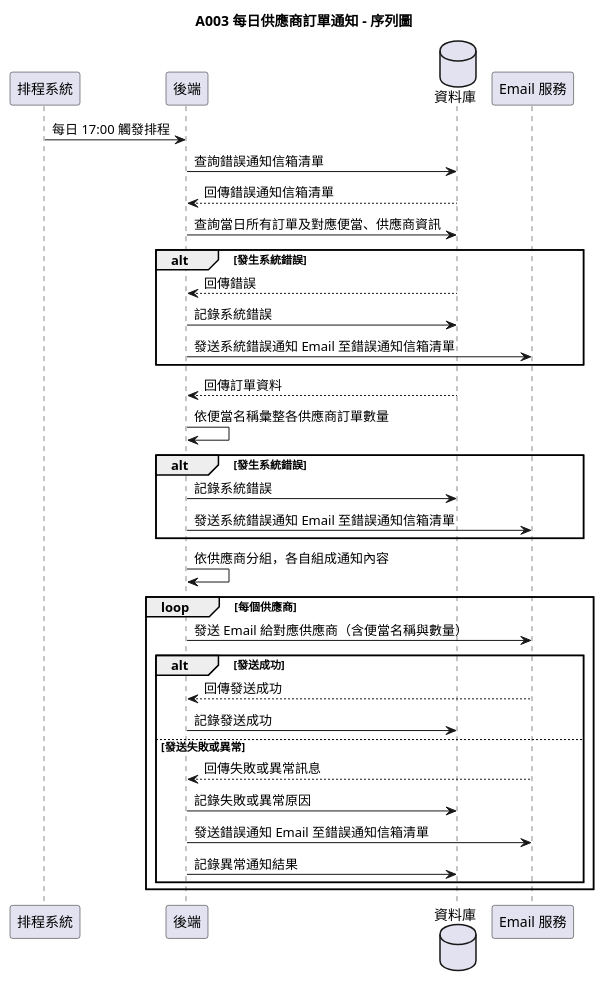
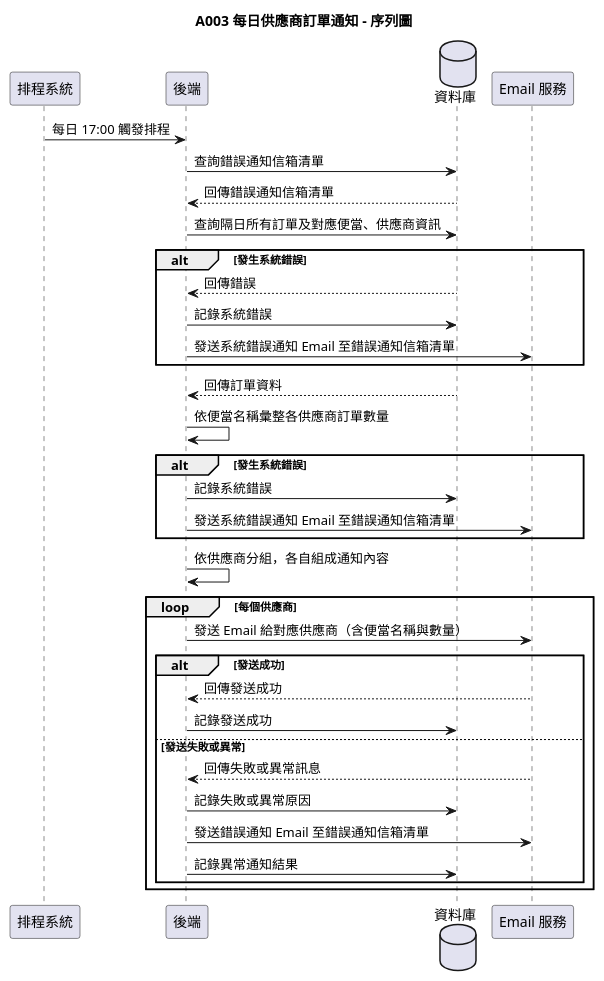
One commit to teyhawzhe/bento-uml changed the diagram in output/A003/A003-sequence.puml. Above: the diagram before and after it, drawn with PlantUML. The commit also changed 37 other files, not shown here.

```diff
--- a/output/A003/A003-sequence.puml
+++ b/output/A003/A003-sequence.puml
@@ -1,45 +1,45 @@
 @startuml A003-sequence
 
 title A003 每日供應商訂單通知 - 序列圖
 
 participant "排程系統" as CRON
 participant 後端 as BE
 database 資料庫 as DB
 participant "Email 服務" as MAIL
 
 CRON -> BE : 每日 17:00 觸發排程
 
 BE -> DB : 查詢錯誤通知信箱清單
 DB --> BE : 回傳錯誤通知信箱清單
 
-BE -> DB : 查詢當日所有訂單及對應便當、供應商資訊
+BE -> DB : 查詢隔日所有訂單及對應便當、供應商資訊
 alt 發生系統錯誤
   DB --> BE : 回傳錯誤
   BE -> DB : 記錄系統錯誤
   BE -> MAIL : 發送系統錯誤通知 Email 至錯誤通知信箱清單
 end
 
 DB --> BE : 回傳訂單資料
 
 BE -> BE : 依便當名稱彙整各供應商訂單數量
 alt 發生系統錯誤
   BE -> DB : 記錄系統錯誤
   BE -> MAIL : 發送系統錯誤通知 Email 至錯誤通知信箱清單
 end
 
 BE -> BE : 依供應商分組，各自組成通知內容
 
 loop 每個供應商
   BE -> MAIL : 發送 Email 給對應供應商（含便當名稱與數量）
   alt 發送成功
     MAIL --> BE : 回傳發送成功
     BE -> DB : 記錄發送成功
   else 發送失敗或異常
     MAIL --> BE : 回傳失敗或異常訊息
     BE -> DB : 記錄失敗或異常原因
     BE -> MAIL : 發送錯誤通知 Email 至錯誤通知信箱清單
     BE -> DB : 記錄異常通知結果
   end
 end
 
 @enduml
```
